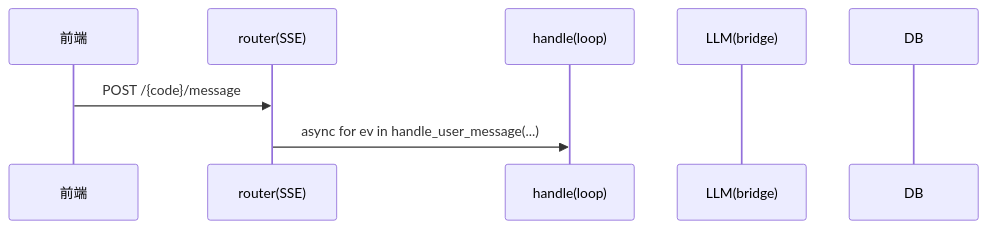
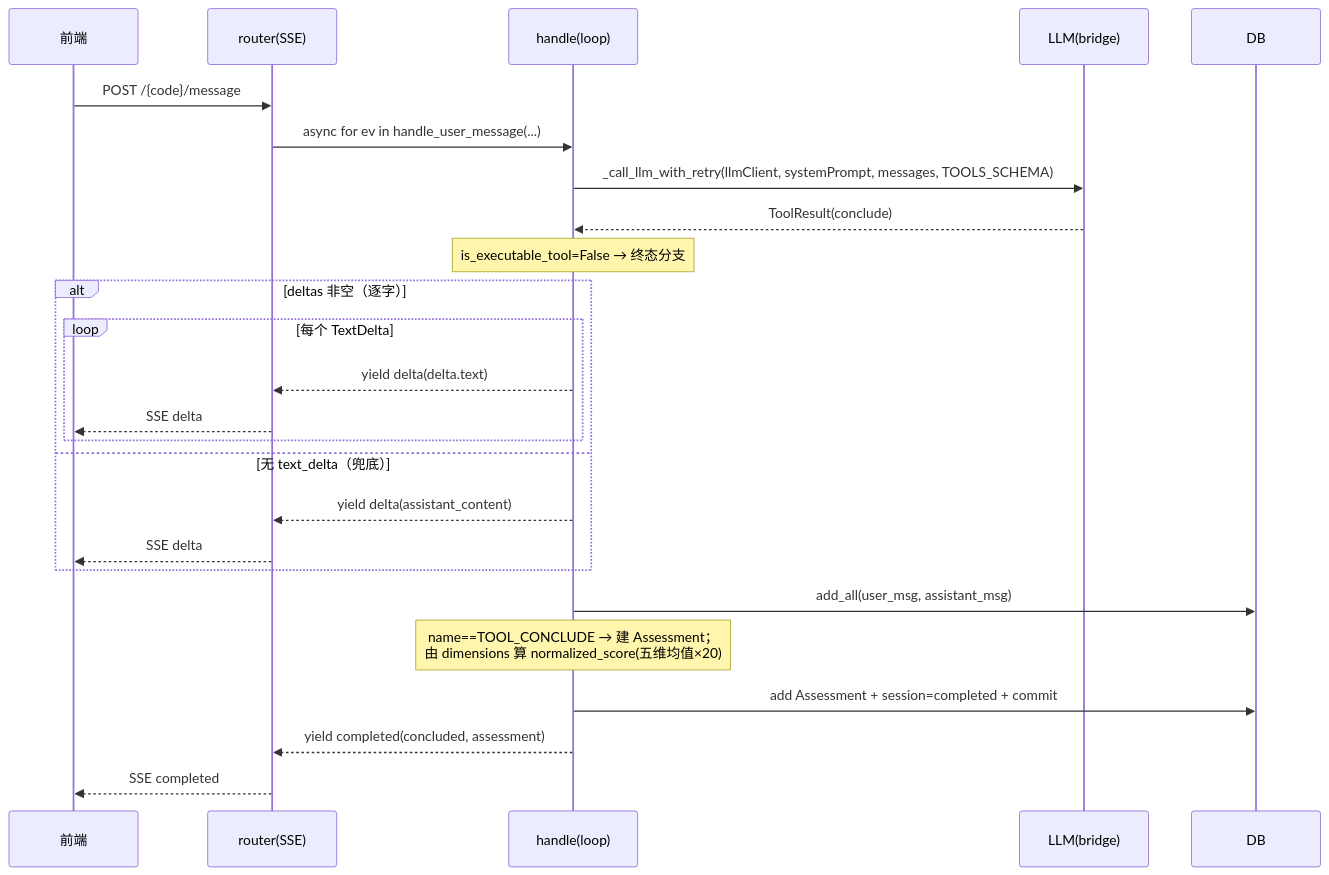
Before and after one commit to hzjconan/ai-FinWise: the first of 3 diagrams in docs/ai-agent-learning/handle-user-message-sequence.md, drawn with Mermaid.

Commit message:
docs(learning): A#1 时序图路径一（直接 conclude）画好
补全路径一 Mermaid：调 LLM→conclude→终态分支→alt(逐字/兜底) 吐 delta→
落 user+assistant 两条→建 Assessment+算 normalized_score+commit→yield completed。
路径二/三仍为 TODO。

````diff
--- a/docs/ai-agent-learning/handle-user-message-sequence.md
+++ b/docs/ai-agent-learning/handle-user-message-sequence.md
@@ -18,15 +18,32 @@
 ```mermaid
 sequenceDiagram
     participant FE as 前端
     participant R as router(SSE)
     participant H as handle(loop)
     participant LLM as LLM(bridge)
     participant DB as DB
 
     FE->>R: POST /{code}/message
     R->>H: async for ev in handle_user_message(...)
     %% TODO 第1轮：H 调 LLM，LLM 返回 ToolResult(conclude)
+    H->>LLM: _call_llm_with_retry(llmClient, systemPrompt, messages, TOOLS_SCHEMA)
+    LLM-->>H: ToolResult(conclude)
     %% TODO：is_executable_tool(conclude)=False → 走终态分支
+    Note over H: is_executable_tool=False → 终态分支
+    alt deltas 非空（逐字）
+        loop 每个 TextDelta
+            H-->>R: yield delta(delta.text)
+            R-->>FE: SSE delta
+        end
+    else 无 text_delta（兜底）
+        H-->>R: yield delta(assistant_content)
+        R-->>FE: SSE delta
+    end
     %% TODO：落 user+assistant 消息、建 Assessment、session=completed（H->>DB）
+    H->>DB: add_all(user_msg, assistant_msg)
+    Note over H: name==TOOL_CONCLUDE → 建 Assessment；<br/>由 dimensions 算 normalized_score(五维均值×20)
+    H->>DB: add Assessment + session=completed + commit
     %% TODO：H 逐个 yield 事件给 R（delta？completed(concluded)？）→ R 转 SSE 给 FE
+    H-->>R: yield completed(concluded, assessment)
+    R-->>FE: SSE completed
 ```
````
